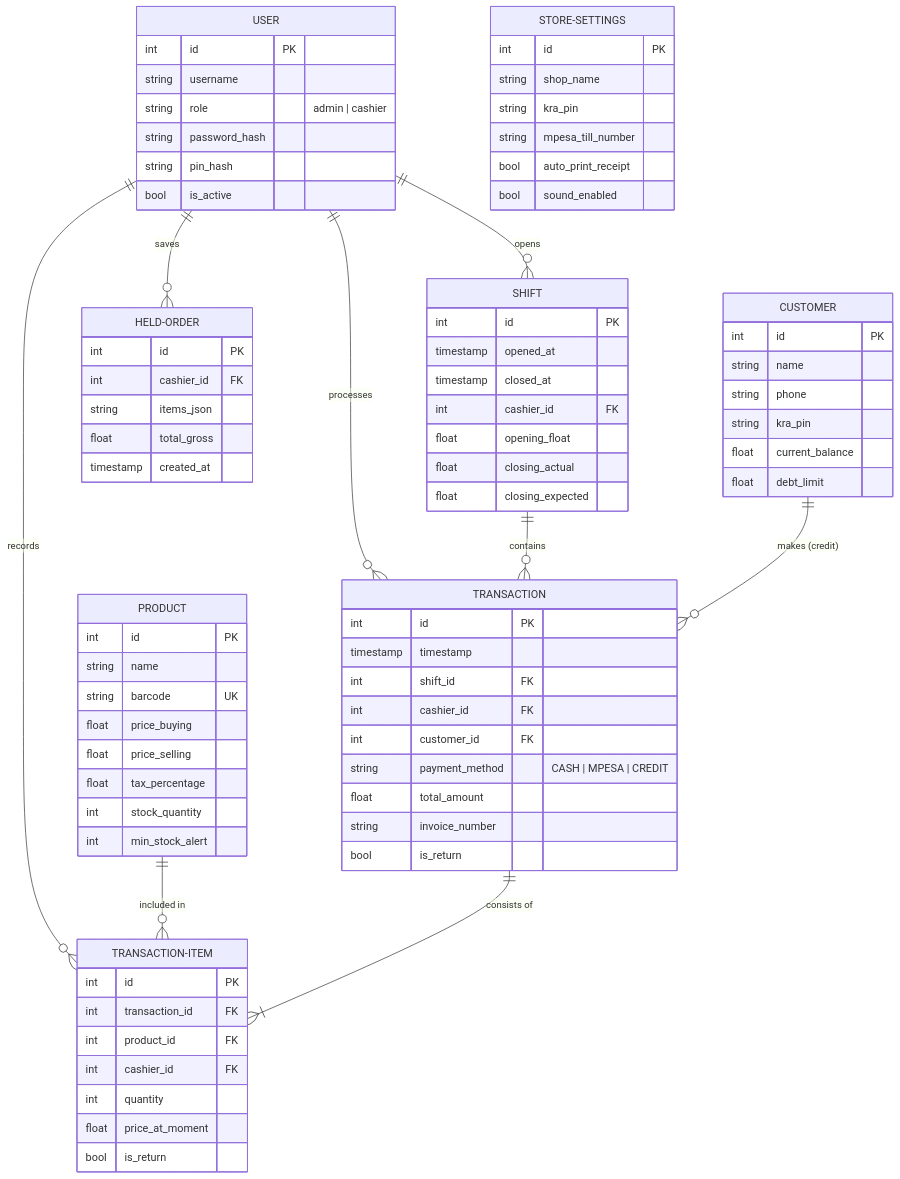
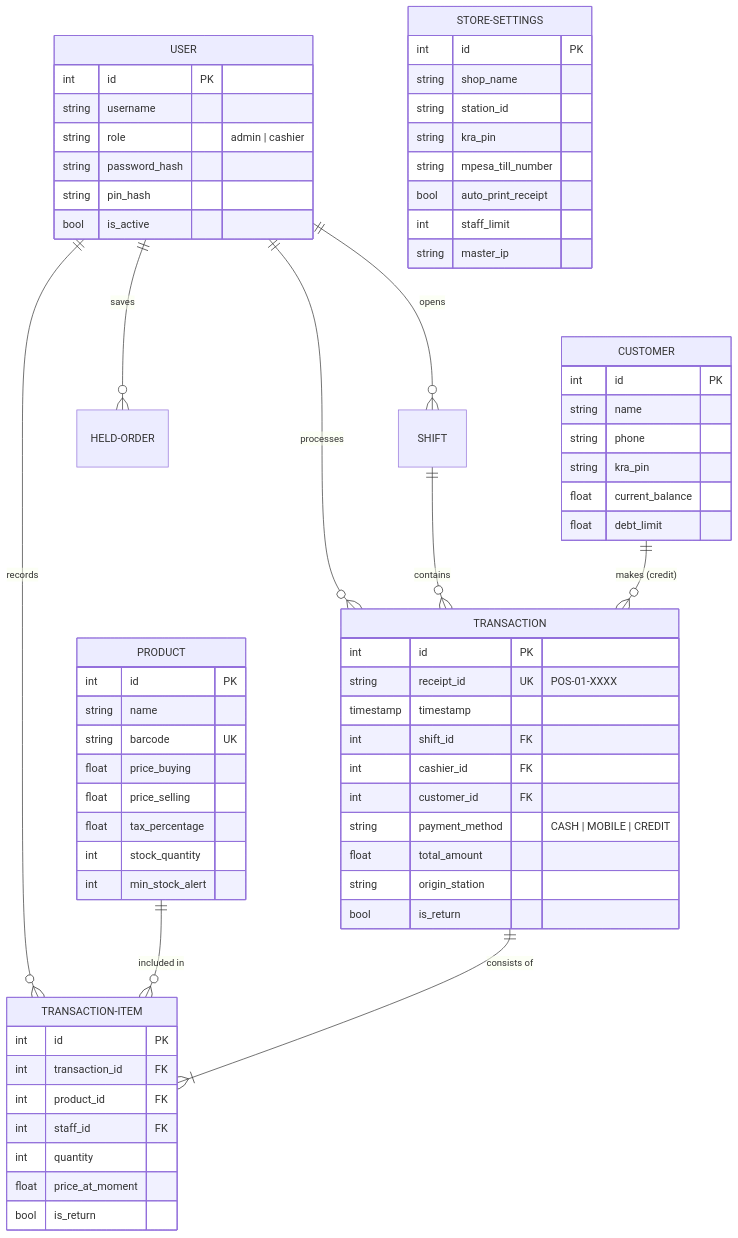
One commit to BillyMwangiDev/DukaPOS changed the diagram in DATABASE_SCHEMA.md. Above: the diagram before and after it, drawn with Mermaid. The commit also changed 50 other files, not shown here.

````diff
--- a/DATABASE_SCHEMA.md
+++ b/DATABASE_SCHEMA.md
@@ -50,13 +50,14 @@
 
     TRANSACTION {
         int id PK
+        string receipt_id UK "POS-01-XXXX"
         timestamp timestamp
         int shift_id FK
         int cashier_id FK
         int customer_id FK
-        string payment_method "CASH | MPESA | CREDIT"
+        string payment_method "CASH | MOBILE | CREDIT"
         float total_amount
-        string invoice_number
+        string origin_station
         bool is_return
     }
 
@@ -64,36 +65,20 @@
         int id PK
         int transaction_id FK
         int product_id FK
-        int cashier_id FK
+        int staff_id FK
         int quantity
         float price_at_moment
         bool is_return
     }
 
-    SHIFT {
-        int id PK
-        timestamp opened_at
-        timestamp closed_at
-        int cashier_id FK
-        float opening_float
-        float closing_actual
-        float closing_expected
-    }
-
-    HELD-ORDER {
-        int id PK
-        int cashier_id FK
-        string items_json
-        float total_gross
-        timestamp created_at
-    }
-
     STORE-SETTINGS {
         int id PK
         string shop_name
+        string station_id
         string kra_pin
         string mpesa_till_number
         bool auto_print_receipt
-        bool sound_enabled
+        int staff_limit
+        string master_ip
     }
 ```
````
